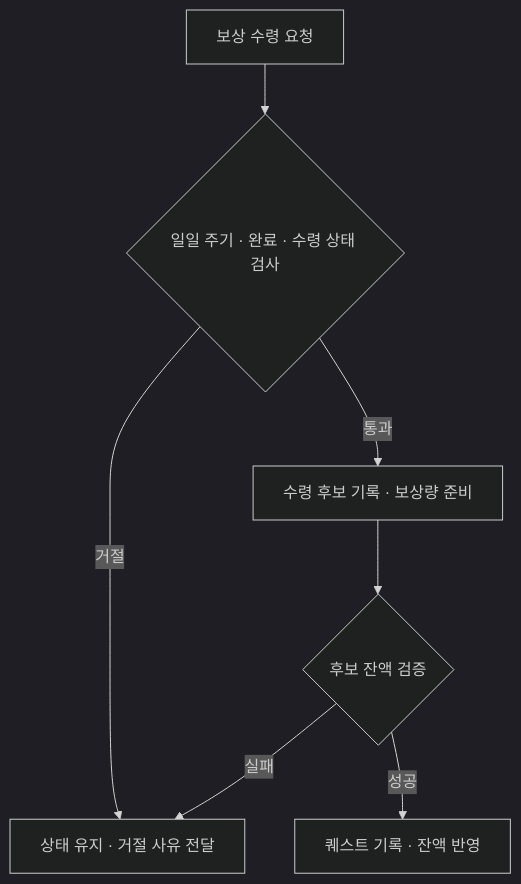
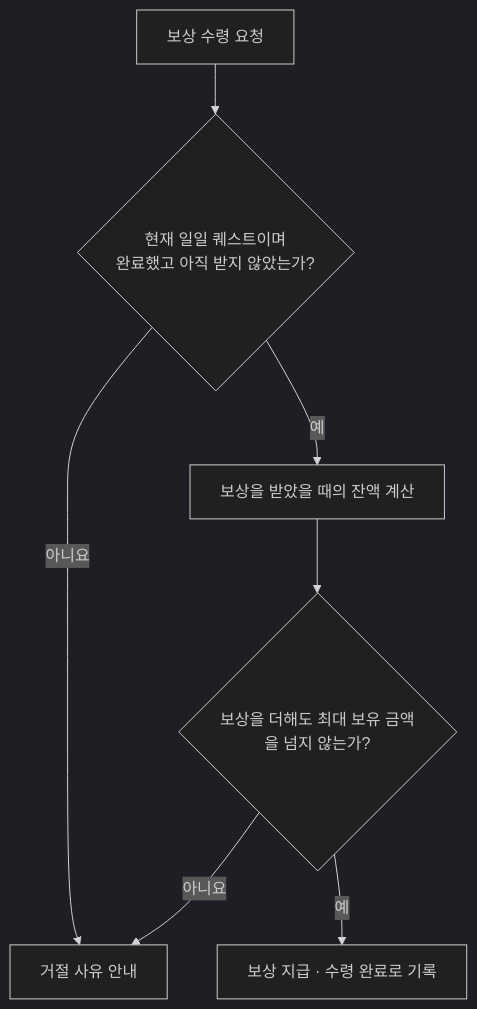
The first of 2 diagrams in README.md (limrum09/GroupATeamProject-Portfolio), drawn with Mermaid (dark theme) before and after one commit. The commit also changed other lines of this file, not shown here.

````diff
--- a/README.md
+++ b/README.md
@@ -98,9 +65,9 @@
 ```mermaid
 flowchart TD
-    Request["보상 수령 요청"] --> Check{"일일 주기 · 완료 · 수령 상태 검사"}
-    Check -->|거절| Reject["상태 유지 · 거절 사유 전달"]
-    Check -->|통과| Candidate["수령 후보 기록 · 보상량 준비"]
-    Candidate --> Balance{"후보 잔액 검증"}
-    Balance -->|실패| Reject
-    Balance -->|성공| Apply["퀘스트 기록 · 잔액 반영"]
+    A["보상 수령 요청"] --> B{"현재 일일 퀘스트이며<br/>완료했고 아직 받지 않았는가?"}
+    B -->|아니요| C["거절 사유 안내"]
+    B -->|예| D["보상을 받았을 때의 잔액 계산"]
+    D --> E{"보상을 더해도 최대 보유 금액을 넘지 않는가?"}
+    E -->|아니요| C
+    E -->|예| F["보상 지급 · 수령 완료로 기록"]
 ```
````
